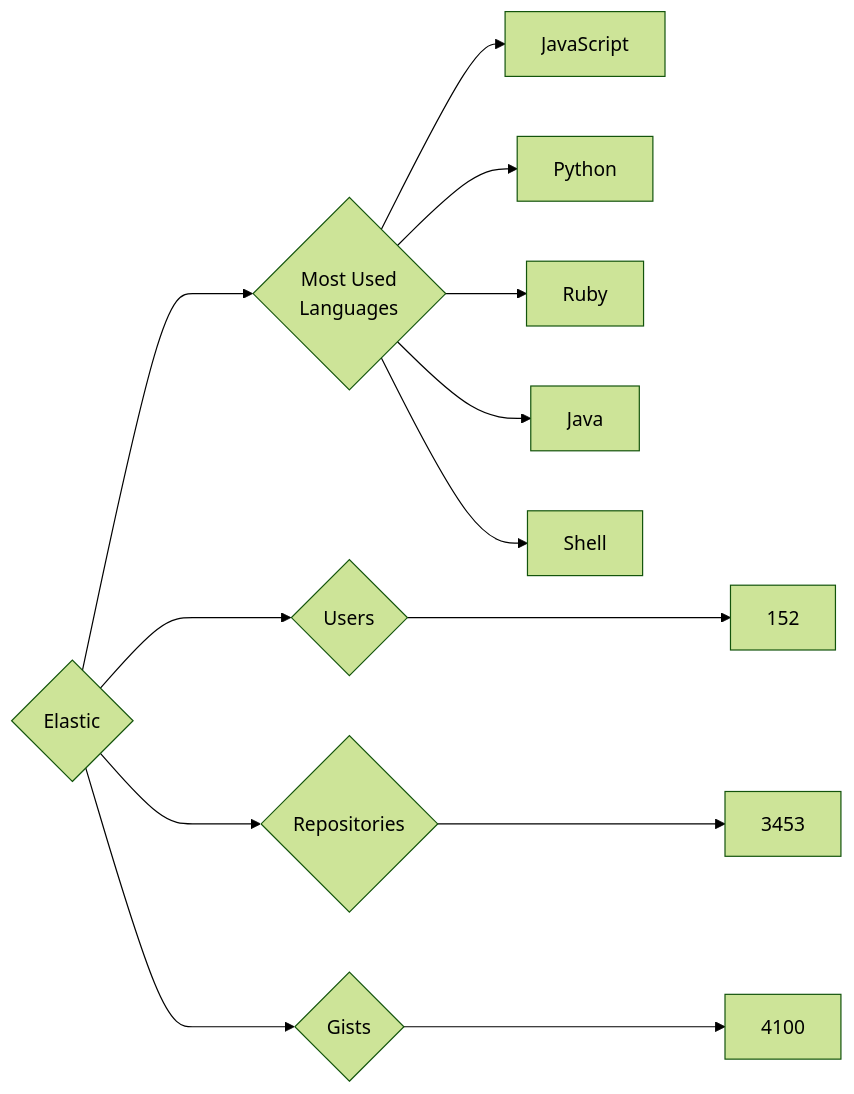
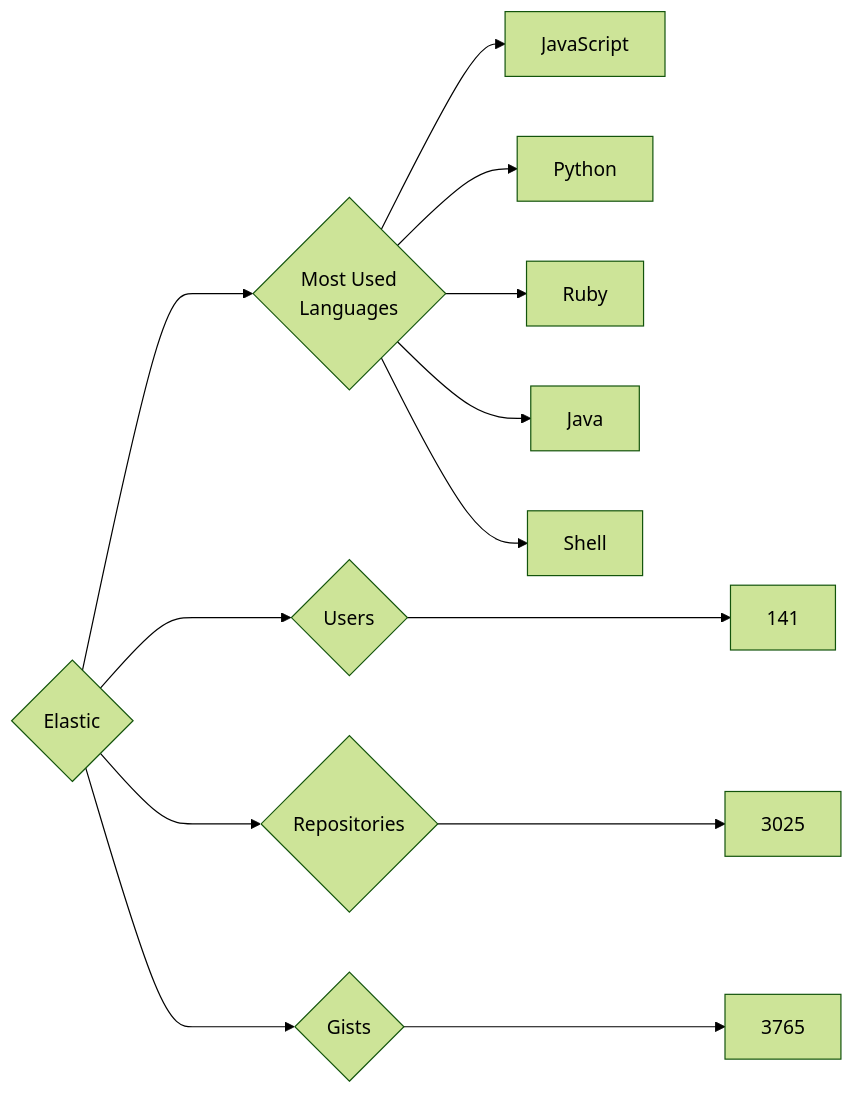
Before and after one commit to trickest/insiders: the diagram in targets/Elastic/README.md, drawn with Mermaid (forest theme). The commit also changed 736 other files, not shown here.

````diff
--- a/targets/Elastic/README.md
+++ b/targets/Elastic/README.md
@@ -3,13 +3,13 @@
 ```mermaid
 graph LR
 COMPANY_NAME{Elastic}
-COMPANY_NAME ---> U{Users} ---> UN[152]
-COMPANY_NAME ---> R{Repositories} ---> RN[3453]
-COMPANY_NAME ---> G{Gists} ---> GN[4100]
+COMPANY_NAME ---> U{Users} ---> UN[141]
+COMPANY_NAME ---> R{Repositories} ---> RN[3025]
+COMPANY_NAME ---> G{Gists} ---> GN[3765]
 COMPANY_NAME ---> ML{Most Used<br>Languages}
 ML --> JavaScript[JavaScript]
 ML --> Python[Python]
 ML --> Ruby[Ruby]
 ML --> Java[Java]
 ML --> Shell[Shell]
 ```
````
